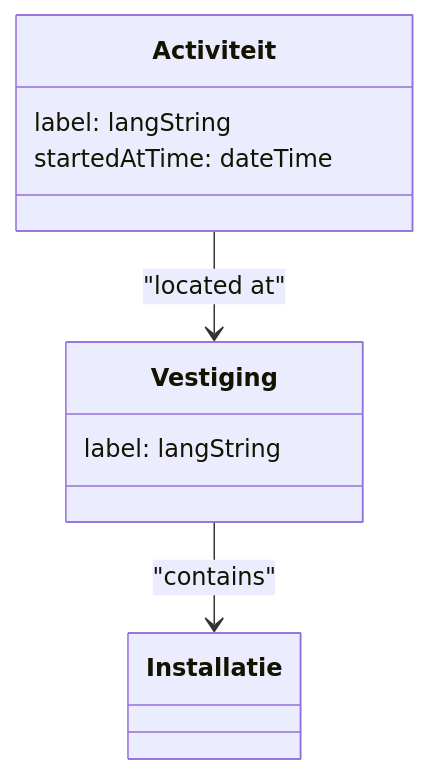
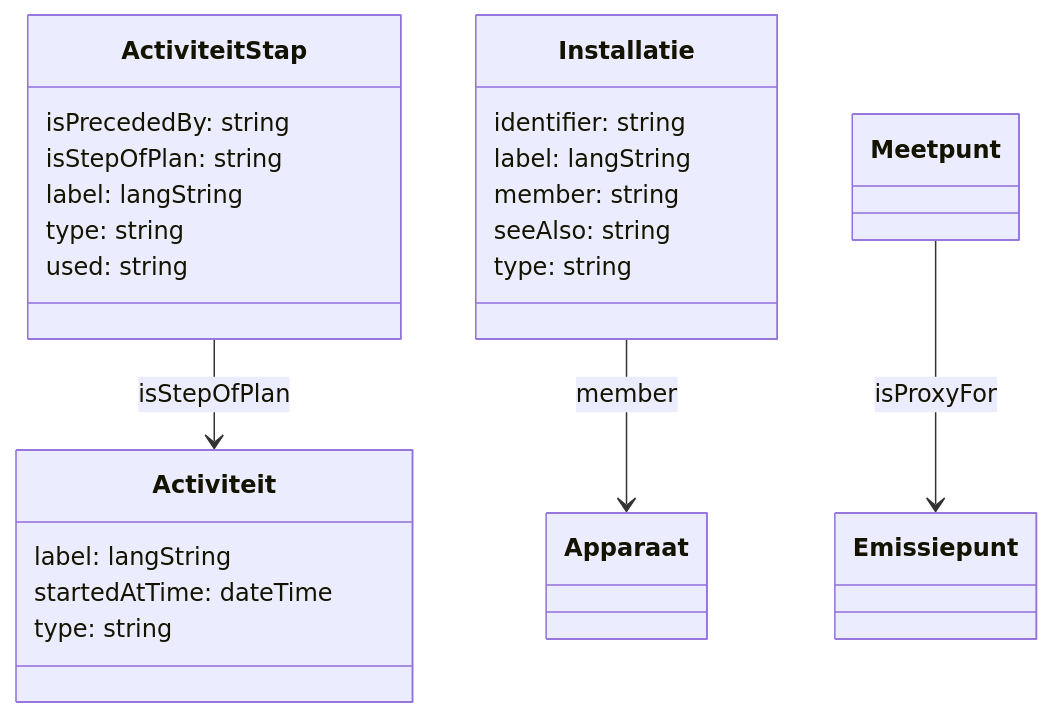
Before and after one commit to milieuinfo/RIE-IEPR: the second of 2 diagrams in documentatie/datamodel/MEERMAID_README.md, drawn with Mermaid. The commit also changed other lines of this file and 8 other files, not shown here.

Commit message:
rdf to mermaid

````diff
--- a/documentatie/datamodel/MEERMAID_README.md
+++ b/documentatie/datamodel/MEERMAID_README.md
@@ -108,16 +101,29 @@
 ```mermaid
 classDiagram
-    %% Auto-generated classes
     class Activiteit {
         label: langString
         startedAtTime: dateTime
+        type: string
     }
     
-    class Vestiging {
+    class ActiviteitStap {
+        isPrecededBy: string
+        isStepOfPlan: string
         label: langString
+        type: string
+        used: string
     }
     
-    %% Manual relationships
-    Activiteit --> Vestiging : "located at"
-    Vestiging --> Installatie : "contains"
+    class Installatie {
+        identifier: string
+        label: langString
+        member: string
+        seeAlso: string
+        type: string
+    }
+    
+    %% Auto-generated relationships
+    ActiviteitStap --> Activiteit : isStepOfPlan
+    Installatie --> Apparaat : member
+    Meetpunt --> Emissiepunt : isProxyFor
 ```
````
